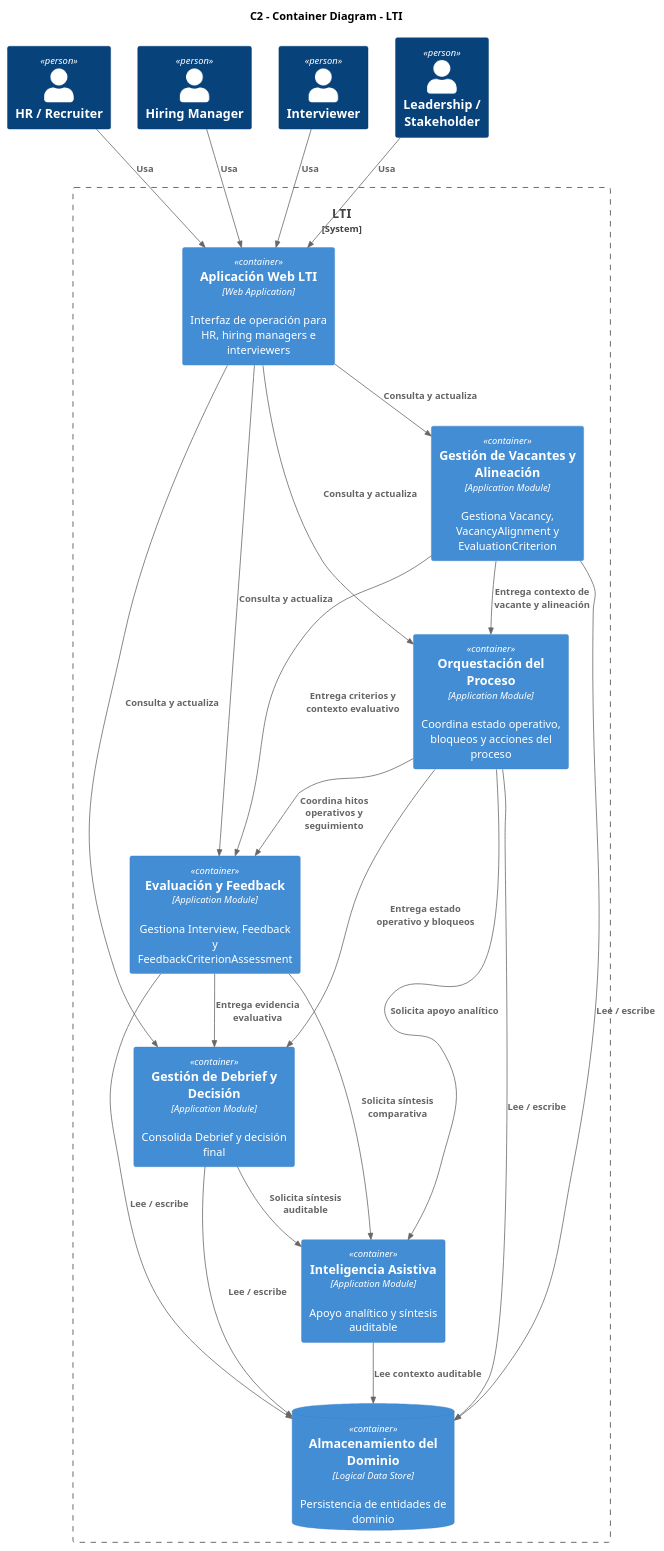
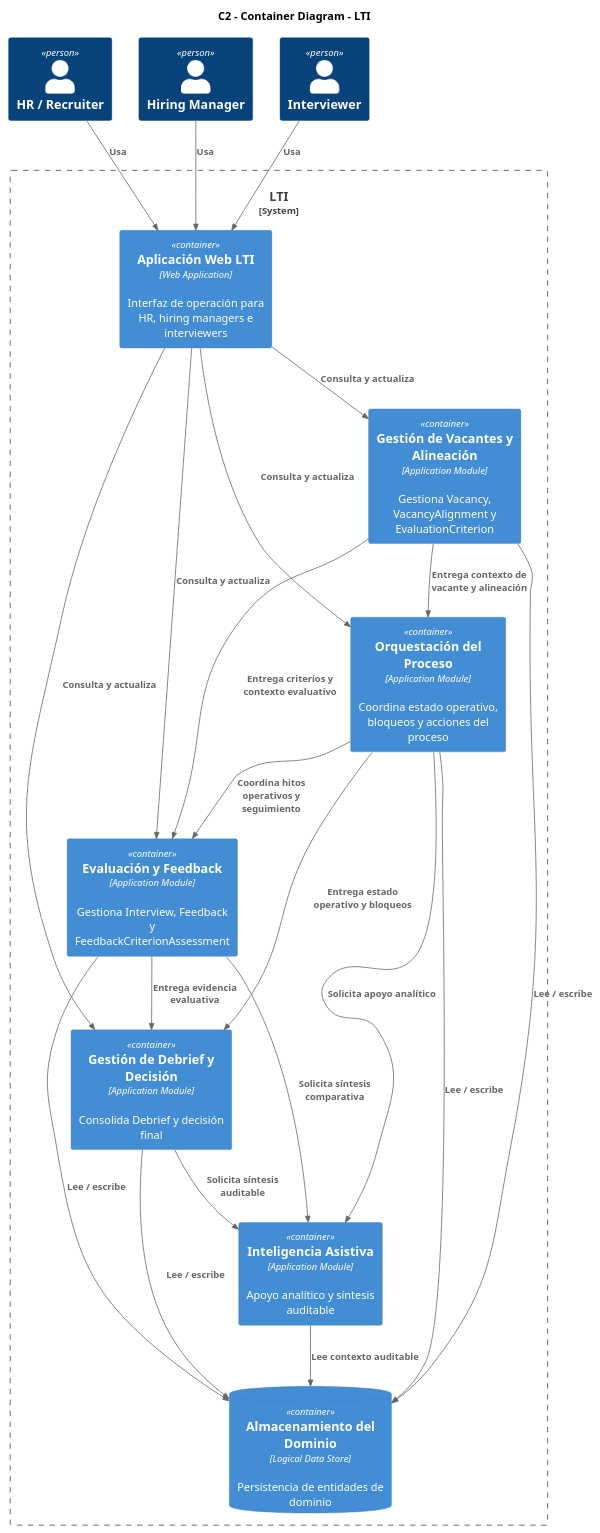
One commit to svg80/AI4Devs-design-1-2026-03_srII changed the seventh of 13 diagrams in LTI-SVG/LTI-SVG.md. Above: the diagram before and after it, drawn with PlantUML. The commit also changed other lines of this file, not shown here.

````diff
--- a/LTI-SVG/LTI-SVG.md
+++ b/LTI-SVG/LTI-SVG.md
@@ -1251,48 +1244,46 @@
 ```plantuml
 @startuml C2_LTI_Containers
 !include https://raw.githubusercontent.com/plantuml-stdlib/C4-PlantUML/master/C4_Container.puml
 
 title C2 - Container Diagram - LTI
 
 Person(hr, "HR / Recruiter")
 Person(hm, "Hiring Manager")
 Person(interviewer, "Interviewer")
-Person(stakeholder, "Leadership / Stakeholder")
 
 System_Boundary(lti, "LTI") {
     Container(web, "Aplicación Web LTI", "Web Application", "Interfaz de operación para HR, hiring managers e interviewers")
     Container(vacancy, "Gestión de Vacantes y Alineación", "Application Module", "Gestiona Vacancy, VacancyAlignment y EvaluationCriterion")
     Container(orchestration, "Orquestación del Proceso", "Application Module", "Coordina estado operativo, bloqueos y acciones del proceso")
     Container(feedback, "Evaluación y Feedback", "Application Module", "Gestiona Interview, Feedback y FeedbackCriterionAssessment")
     Container(debrief, "Gestión de Debrief y Decisión", "Application Module", "Consolida Debrief y decisión final")
     Container(ai, "Inteligencia Asistiva", "Application Module", "Apoyo analítico y síntesis auditable")
     ContainerDb(storage, "Almacenamiento del Dominio", "Logical Data Store", "Persistencia de entidades de dominio")
 }
 
 Rel(hr, web, "Usa")
 Rel(hm, web, "Usa")
 Rel(interviewer, web, "Usa")
-Rel(stakeholder, web, "Usa")
 
 Rel(web, vacancy, "Consulta y actualiza")
 Rel(web, orchestration, "Consulta y actualiza")
 Rel(web, feedback, "Consulta y actualiza")
 Rel(web, debrief, "Consulta y actualiza")
 
 Rel(vacancy, storage, "Lee / escribe")
 Rel(orchestration, storage, "Lee / escribe")
 Rel(feedback, storage, "Lee / escribe")
 Rel(debrief, storage, "Lee / escribe")
 Rel(ai, storage, "Lee contexto auditable")
 
 Rel(vacancy, orchestration, "Entrega contexto de vacante y alineación")
 Rel(vacancy, feedback, "Entrega criterios y contexto evaluativo")
 Rel(orchestration, feedback, "Coordina hitos operativos y seguimiento")
 Rel(feedback, debrief, "Entrega evidencia evaluativa")
 Rel(orchestration, debrief, "Entrega estado operativo y bloqueos")
 Rel(orchestration, ai, "Solicita apoyo analítico")
 Rel(feedback, ai, "Solicita síntesis comparativa")
 Rel(debrief, ai, "Solicita síntesis auditable")
 
 @enduml
 ```
````
